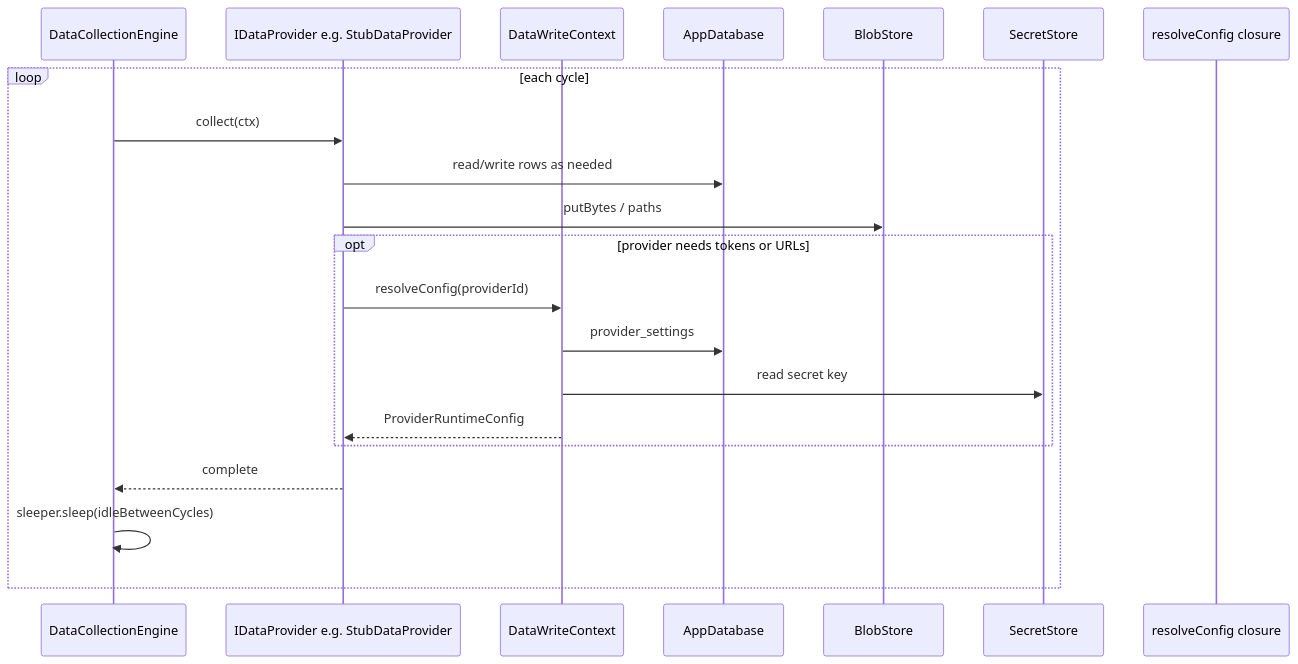
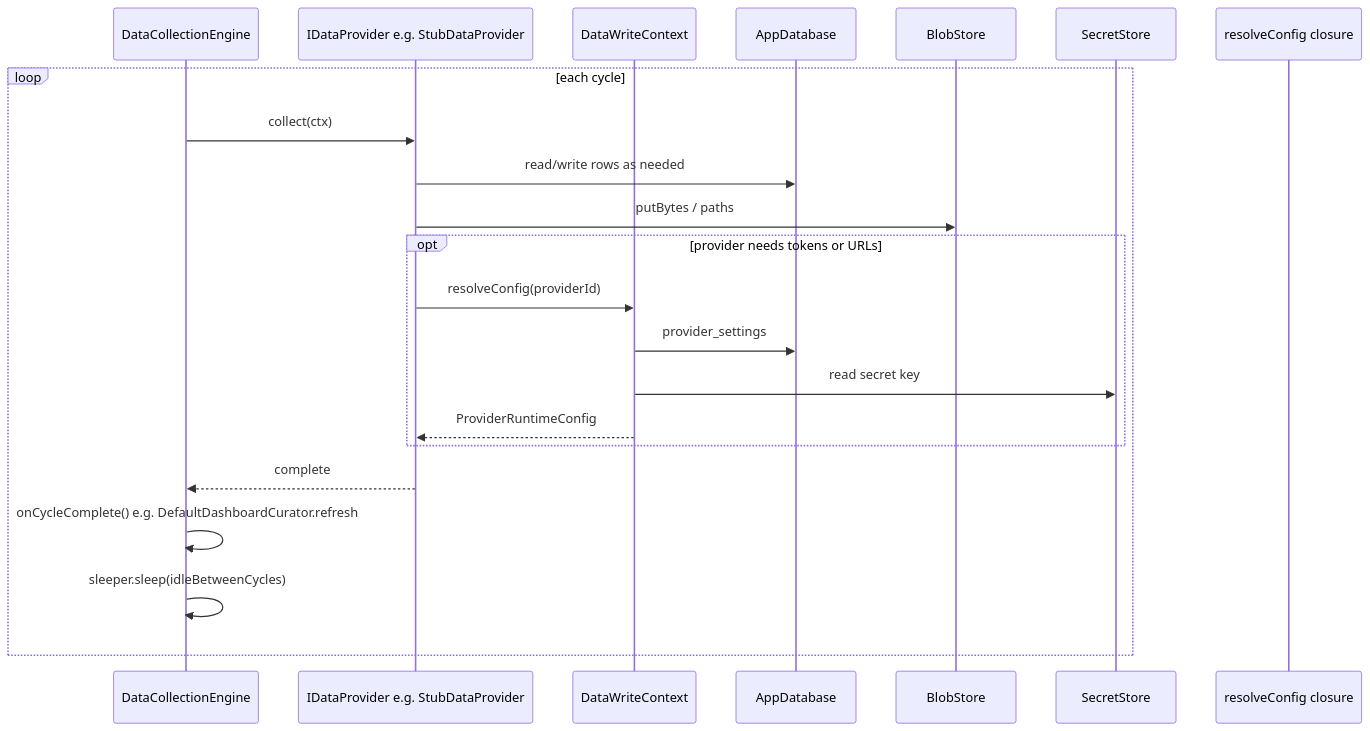
The third of 5 diagrams in apps/waddle_view/ARCHITECTURE.md (dukk/waddle-view), drawn with Mermaid before and after one commit. The commit also changed other lines of this file and 108 other files, not shown here.

````diff
--- a/apps/waddle_view/ARCHITECTURE.md
+++ b/apps/waddle_view/ARCHITECTURE.md
@@ -150,24 +154,25 @@
 ```mermaid
 sequenceDiagram
   participant Eng as DataCollectionEngine
   participant P as IDataProvider e.g. StubDataProvider
   participant Ctx as DataWriteContext
   participant DB as AppDatabase
   participant Blob as BlobStore
   participant Sec as SecretStore
   participant Res as resolveConfig closure
 
   loop each cycle
     Eng->>P: collect(ctx)
     P->>DB: read/write rows as needed
     P->>Blob: putBytes / paths
     opt provider needs tokens or URLs
       P->>Ctx: resolveConfig(providerId)
       Ctx->>DB: provider_settings
       Ctx->>Sec: read secret key
       Ctx-->>P: ProviderRuntimeConfig
     end
     P-->>Eng: complete
+    Eng->>Eng: onCycleComplete() e.g. DefaultDashboardCurator.refresh
     Eng->>Eng: sleeper.sleep(idleBetweenCycles)
   end
 ```
````
